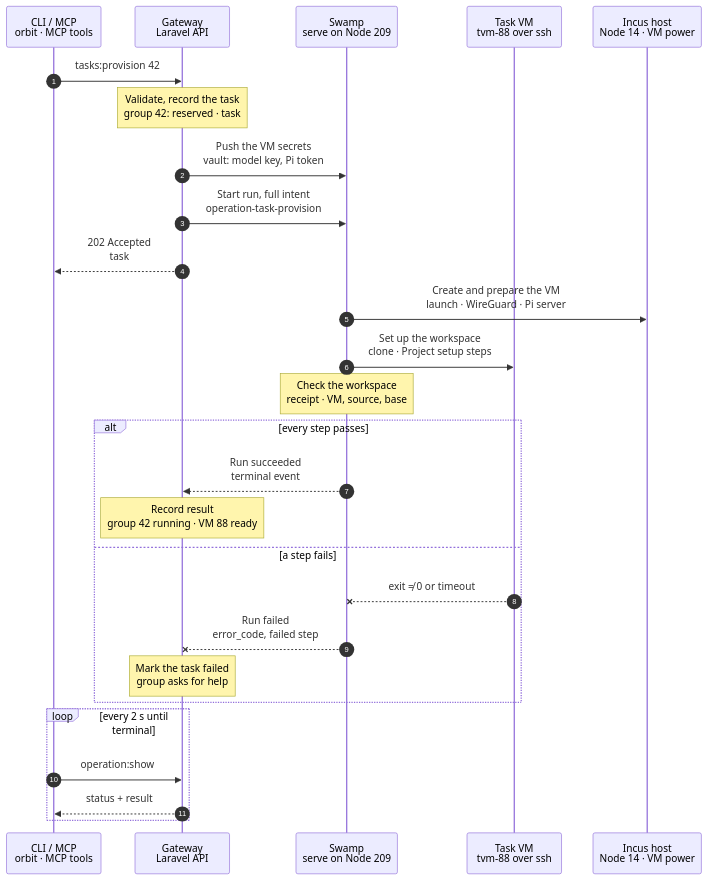
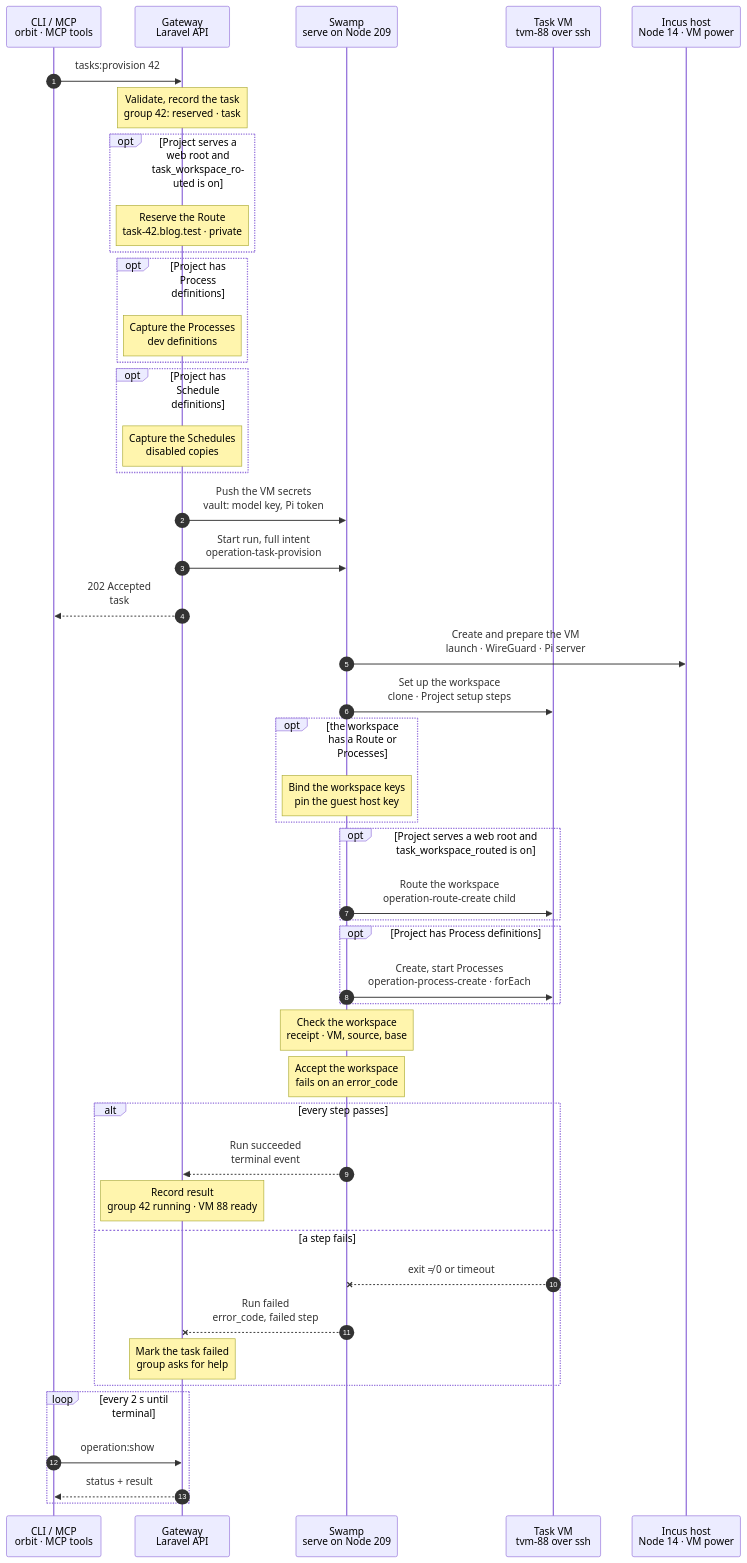
One commit to hardimpactdev/orbit changed the diagram in docs/cli/tasks/provision.mmd. Above: the diagram before and after it, drawn with Mermaid. The commit also changed 25 other files, not shown here.

First line of the commit message:
feat(tasks): provision gives the workspace its Route, Processes and Schedules

```diff
--- a/docs/cli/tasks/provision.mmd
+++ b/docs/cli/tasks/provision.mmd
@@ -1,113 +1,73 @@
 sequenceDiagram
   %% Target design: ADR 0244 (a task group is one root task; Pi turns use the pi driver), Recall swamp-tasks-swamp-orchestrates-pi + task-vms-swamp-via-ssh, DECISIONS R1-R4.
-  %% Tightened: flow-tighten 2026-11-02, rule 22. Cut 2026-11-02 (orchestrator): provision creates the VM and the workspace only; the group-run driver composes tasks.check, tasks.turn, tasks.publish, tasks.park and tasks.cancel, each with its own receipt, key and budget.
-  %% status: draft
+  %% Tightened: flow-tighten 2026-11-02, rule 22. Cut 2026-11-02 (orchestrator): provision creates the VM and the workspace only; the group-run driver composes tasks.check, tasks.turn, tasks.publish, tasks.park and tasks.cancel.
+  %% Reviewed: Nick 2026-11-03 (P1): the workspace gets the Project's Route, Processes and Schedules through the same children as instance:create; rules 23 and 25. What it covers, capacity and image fallback are on the docs page.
+  %% status: reviewed
   %% command: tasks:provision
   %% kind: tasks.provision
   autonumber
   %% lane CLI icon=terminal pill=caller tone=gray
   %% lane GW icon=gateway pill=intent tone=blue
   %% lane SW icon=workflow pill=executes tone=green
   %% lane VM icon=server pill=target tone=amber
   %% lane H icon=server pill=target tone=purple
   participant CLI as CLI / MCP<br/>orbit · MCP tools
   participant GW as Gateway<br/>Laravel API
   participant SW as Swamp<br/>serve on Node 209
   participant VM as Task VM<br/>tvm-88 over ssh
   participant H as Incus host<br/>Node 14 · VM power
   CLI->>GW: tasks:provision 42
-  %%> Command:
-  %%> - `orbit tasks:provision 42 --idempotency-key=feature.42`
-  %%> - syntax: `<group> [--idempotency-key=KEY] [--json]`
-  %%> Input:
-  %%> - the task group id; the group already holds its subtasks and deliverables
-  %%> Who can call it:
-  %%> - the `orbit` CLI and the MCP tool `tasks-provision` send the same request; the group-run driver calls it first for a `todo` group
-  %%> After it:
-  %%> - the driver runs `tasks:check`, `tasks:turn`, `tasks:publish`, `tasks:park` and `tasks:cancel`, each as its own task with its own receipt, key and budget
   Note over GW: Validate, record the task<br/>group 42: reserved · task #5140
-  %%> Requirements:
-  %%> - your Node has Gateway access, and the Tasks extension is on
-  %%> - group 42 is `todo`, external, and every subtask has a deliverable
-  %%> - no other task holds `task_group:42`
-  %%> Capacity:
-  %%> - the Gateway picks a host with room and the promoted image of the current recipe, for example Node 14
-  %%> Image fallback:
-  %%> - while a host builds the current recipe, or after that build failed, it serves the host's last promoted image if that image was promoted at most one day ago
-  %%> - a group created with `current_recipe: true` never takes a fallback image; it waits for the current recipe, as before
-  %%> - with no current image and no fallback under a day old, the task waits (`waiting`, reason `capacity`) until a build promotes
-  %%> - with no room, the task waits (`waiting`, reason `capacity`); the Gateway starts it when a task VM is destroyed or an image is promoted
-  %%> Result:
-  %%> - task #5140 recorded with the full intent: Project, repository, branch `task-42`, the start commit and the setup steps
-  %%> - VM 88 reserved on Node 14, and the workspace Instance recorded
-  %%> - VM 88 records the image it got: recipe identity, fingerprint, image build, and whether it is a fallback
+  %%> When it waits:
+  %%> - no host has room or a usable image: the task waits (`capacity`) and starts when a VM is destroyed or an image is promoted
+  opt Project serves a web root and task_workspace_routed is on
+    Note over GW: Reserve the Route<br/>task-42.blog.test · private
+    %%> Why first:
+    %%> - the Route changes how Process units render; capturing Processes after it keeps admission and dispatch identical
+  end
+  opt Project has Process definitions
+    Note over GW: Capture the Processes<br/>dev definitions
+  end
+  opt Project has Schedule definitions
+    Note over GW: Capture the Schedules<br/>disabled copies
+    %%> Why no Node work:
+    %%> - a definition copy starts disabled, so a task VM never fires scheduled work; `schedule:enable` turns one on
+  end
   GW->>SW: Push the VM secrets<br/>vault: model key, Pi token
-  %%> What it does:
-  %%> - writes the secrets for VM 88 into the Swamp vault: its model key, its Pi token, the provider bootstrap and, for a private repository, the Git read authorization
   %%> Why:
   %%> - secrets go Gateway → vault → step; the run inputs hold only vault key names
   GW->>SW: Start run, full intent<br/>operation-task-provision
-  %%> What it does:
-  %%> - starts one Swamp run on serve (Node 209)
-  %%> Inputs:
-  %%> - the group, VM 88 and Node 14, the workspace and the Project setup steps
-  %%> - the SSH identity comes from the `swamp` role; task VMs run no Swamp worker
   GW-->>CLI: 202 Accepted<br/>task #5140
-  %%> What you get:
-  %%> - the task number, at once
-  %%> Next:
-  %%> - follow it with `operation:show`, and the board with `tasks:show 42`
   SW->>H: Create and prepare the VM<br/>launch · WireGuard · Pi server
-  %%> What it does:
-  %%> - creates VM 88 from the promoted recipe image, with the read-only package cache mounted
-  %%> - joins VM 88 to WireGuard with its own hub peer file, pins its SSH host key, and starts the Pi server, then checks Pi answers
-  %%> Per provider:
-  %%> - Incus: `incus launch` on Node 14 over SSH, then one bounded wait until the guest agent answers
-  %%> - UpCloud overflow: the UpCloud API from 209, with the token from the vault
-  %%> How:
-  %%> - the shared task VM workflow, the same one `task_vm.provision` runs
   SW->>VM: Set up the workspace<br/>clone · Project setup steps
-  %%> What it does:
-  %%> - builds the workspace connection from the host key the VM step pinned
-  %%> - clones the repository on 209 and copies it as a Git bundle, on branch `task-42` from the start commit
-  %%> - reads the checkout with one `@swamp/ssh exec` argv each: `identity` (HEAD and branch), `analysis_base` (merge base with the default branch) and `inspect` (`stat` of `composer.json` and the entry point)
-  %%> - `composer` downloads a regular `composer.json` with one `@swamp/ssh copy` into the private worker directory, so its text never reaches native history
-  %%> - `profile` on 209 refuses a checkout on another commit, classifies the source and keeps the start commit's merge base as the fixed analysis base; it reads and deletes the downloaded `composer.json` and keeps only its PHP version and Laravel flag
-  %%> - runs the Project setup steps in order as `setup-0`, `setup-1`, …: each is one `@swamp/ssh exec` argv in the checkout, with its own timeout; each writes its output to a file on the VM, and only a redacted 4 KiB tail reaches history
-  %%> - for the proof Project only, writes the proof club key as a 0600 file from SSH stdin
-  %%> - no step copies a script to the VM
+  %%> Why redacted:
+  %%> - setup output stays on the VM; only a redacted 4 KiB tail reaches history
+  opt the workspace has a Route or Processes
+    Note over SW: Bind the workspace keys<br/>pin the guest host key
+    %%> Why:
+    %%> - the guest's host key exists only after the VM step pins it; the Gateway leaves only the guest's targets unpinned
+  end
+  opt Project serves a web root and task_workspace_routed is on
+    SW->>VM: Route the workspace<br/>operation-route-create child
+    %%> Why a child:
+    %%> - the same Route child instance:create runs; its signing authorizes against this root run
+  end
+  opt Project has Process definitions
+    SW->>VM: Create, start Processes<br/>operation-process-create · forEach
+  end
   Note over SW: Check the workspace<br/>receipt · VM, source, base
-  %%> What it does:
-  %%> - reports one receipt: the VM's readiness, the source and the analysis base, or the first failed step and its error code
-  %%> - a failed VM or workspace step has already failed the run; this step only reports
+  Note over SW: Accept the workspace<br/>fails on an error_code
   alt every step passes
     SW-->>GW: Run succeeded<br/>terminal event
-    %%> How the Gateway learns it:
-    %%> - its shared run reader sees the terminal event; Swamp never calls the Gateway
     Note over GW: Record result<br/>group 42 running · VM 88 ready
-    %%> Result:
-    %%> - VM 88 is `ready` with its `tvm-88` Node; the workspace Instance is `source_resolved` on the start commit
-    %%> - group 42 is `running`; task #5140 succeeds with the starting commit, the analysis base and the image VM 88 got (`image.recipe_identity`, `image.fingerprint`, `image.build_id`, `image.fallback`)
   else a step fails
     VM--xSW: exit ≠ 0 or timeout
-    %%> When:
-    %%> - a create, enrollment, clone, setup or proof key step fails, or the budget ends
     SW--xGW: Run failed<br/>error_code, failed step
-    %%> The Gateway reads:
-    %%> - the receipt: which step failed, its error code, and whether VM 88 got ready
     Note over GW: Mark the task failed<br/>group asks for help
-    %%> Result:
-    %%> - task #5140 fails; a VM that got ready is recorded, and the Instance keeps the failed step
     %%> On the VM:
-    %%> - VM 88 and its checkout stay; there is no rollback
-    %%> Retry:
-    %%> - `tasks:cancel 42` ends the group and removes the VM
+    %%> - VM 88 and its checkout stay; there is no rollback; `tasks:cancel 42` ends the group and removes the VM
   end
   loop every 2 s until terminal
     CLI->>GW: operation:show #5140
-    %%> What it does:
-    %%> - asks for the task's status every 2 seconds until it has ended
     GW-->>CLI: status + result
-    %%> Returns:
-    %%> - the current status, and the result once the task has ended
   end
```
